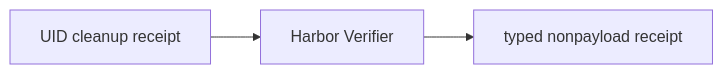
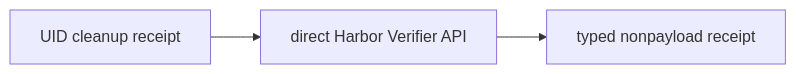
Before and after one commit to divo12/Syndicate: the diagram in docs/verifier.md, drawn with Mermaid. The commit also changed other lines of this file and 3 other files, not shown here.

Commit message:
fix(harbor): retain native verifier ownership

````diff
--- a/docs/verifier.md
+++ b/docs/verifier.md
@@ -8,5 +8,5 @@
 ```mermaid
 flowchart LR
-  C[UID cleanup receipt] --> H[Harbor Verifier]
+  C[UID cleanup receipt] --> H[direct Harbor Verifier API]
   H --> R[typed nonpayload receipt]
 ```
````
